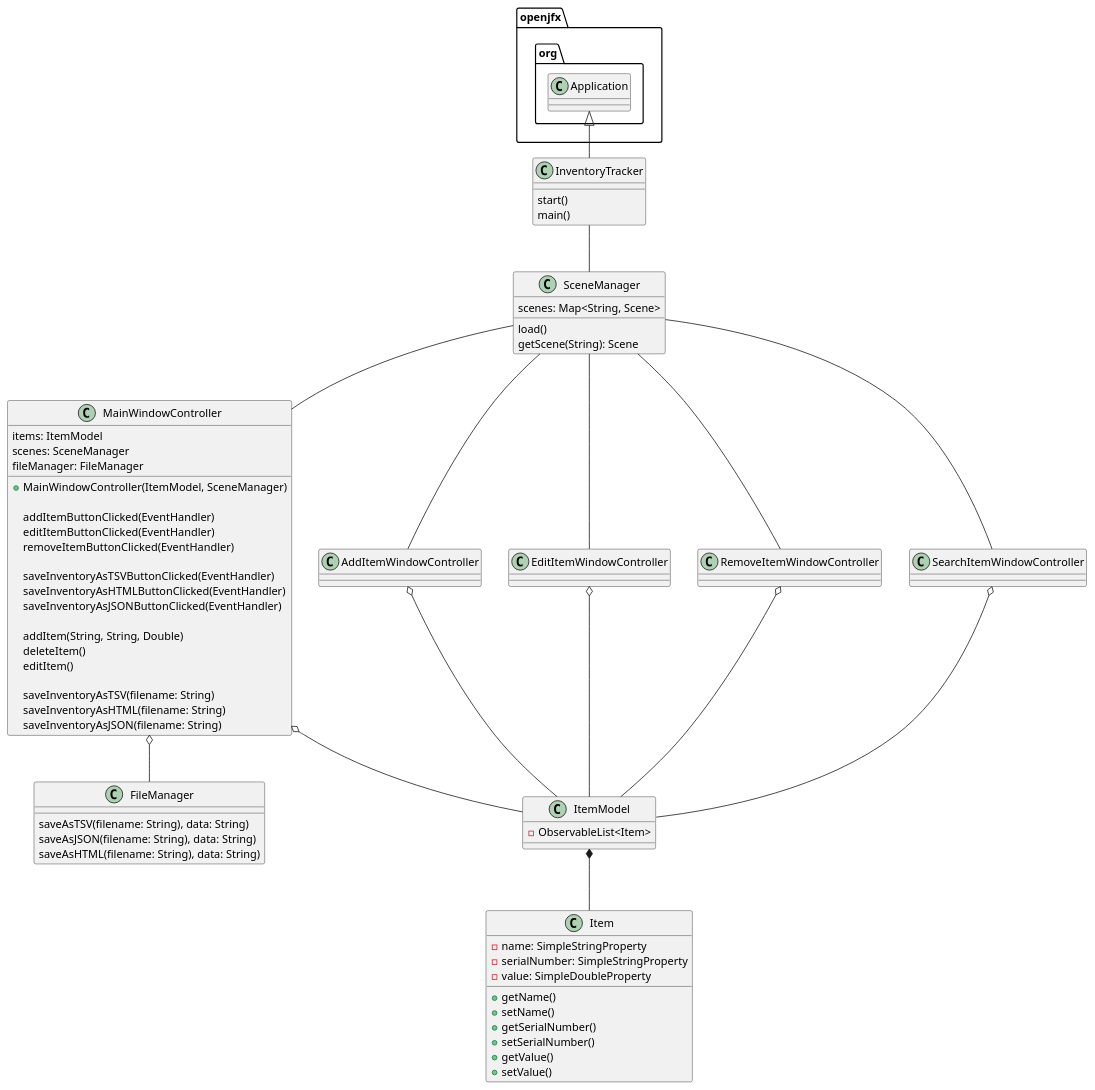
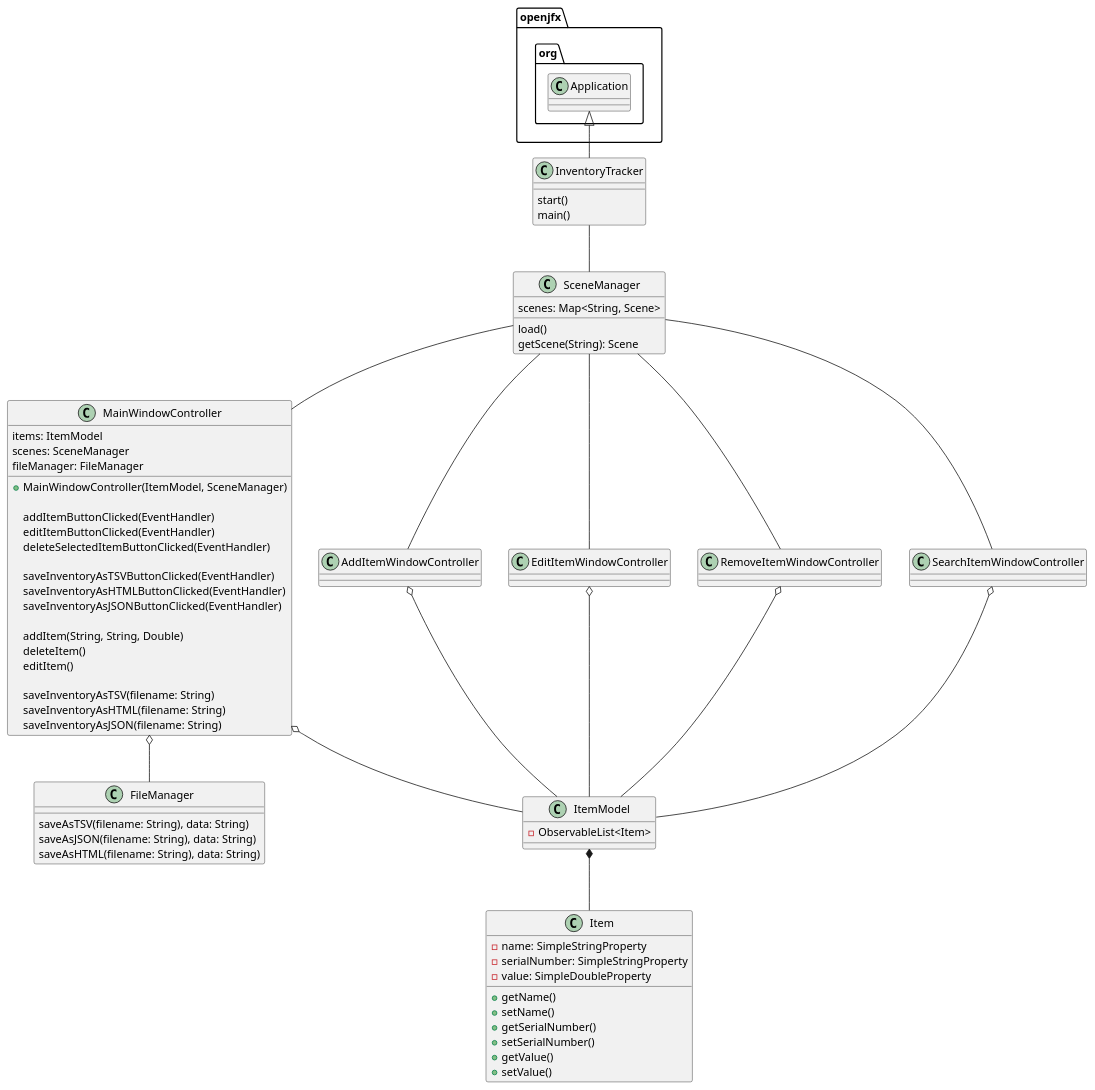
The diagram in uml/as5.puml (mredelis/COP3330-OOP-AS5-Summer21), drawn with PlantUML before and after one commit. The commit also changed 3 other files, not shown here.

```diff
--- a/uml/as5.puml
+++ b/uml/as5.puml
@@ -1,93 +1,93 @@
 @startuml
 
 class InventoryTracker {
     start()
     main()
 }
 
 class SceneManager {
     scenes: Map<String, Scene>
 
     load()
     getScene(String): Scene
 }
 
 class MainWindowController {
     items: ItemModel
     scenes: SceneManager
     fileManager: FileManager
 
     + MainWindowController(ItemModel, SceneManager)
 
     addItemButtonClicked(EventHandler)
     editItemButtonClicked(EventHandler)
-    removeItemButtonClicked(EventHandler)
+    deleteSelectedItemButtonClicked(EventHandler)
 
     saveInventoryAsTSVButtonClicked(EventHandler)
     saveInventoryAsHTMLButtonClicked(EventHandler)
     saveInventoryAsJSONButtonClicked(EventHandler)
 
     addItem(String, String, Double)
     deleteItem()
     editItem()
 
     saveInventoryAsTSV(filename: String)
     saveInventoryAsHTML(filename: String)
     saveInventoryAsJSON(filename: String)
 }
 
 class FileManager {
     saveAsTSV(filename: String), data: String)
     saveAsJSON(filename: String), data: String)
     saveAsHTML(filename: String), data: String)
 }
 
 class AddItemWindowController {
 }
 
 class EditItemWindowController {
 }
 
 class RemoveItemWindowController {
 }
 
 class SearchItemWindowController {
 }
 
 class ItemModel {
     - ObservableList<Item>
 
     /' ObservableList is not serializable
        Copying everything over a normal list
        Use Gson on that normal list '/
 }
 
 class Item {
     - name: SimpleStringProperty
     - serialNumber: SimpleStringProperty
     - value: SimpleDoubleProperty
 
     + getName()
     + setName()
     + getSerialNumber()
     + setSerialNumber()
     + getValue()
     + setValue()
 }
 
 openjfx.org.Application <|-- InventoryTracker
 InventoryTracker -- SceneManager
 SceneManager -- MainWindowController
 SceneManager -- AddItemWindowController
 SceneManager -- EditItemWindowController
 SceneManager -- RemoveItemWindowController
 SceneManager -- SearchItemWindowController
 MainWindowController o-- ItemModel
 AddItemWindowController o-- ItemModel
 EditItemWindowController o-- ItemModel
 RemoveItemWindowController o-- ItemModel
 SearchItemWindowController o-- ItemModel
 ItemModel *-- Item
 MainWindowController o-- FileManager
 
 @enduml
```
